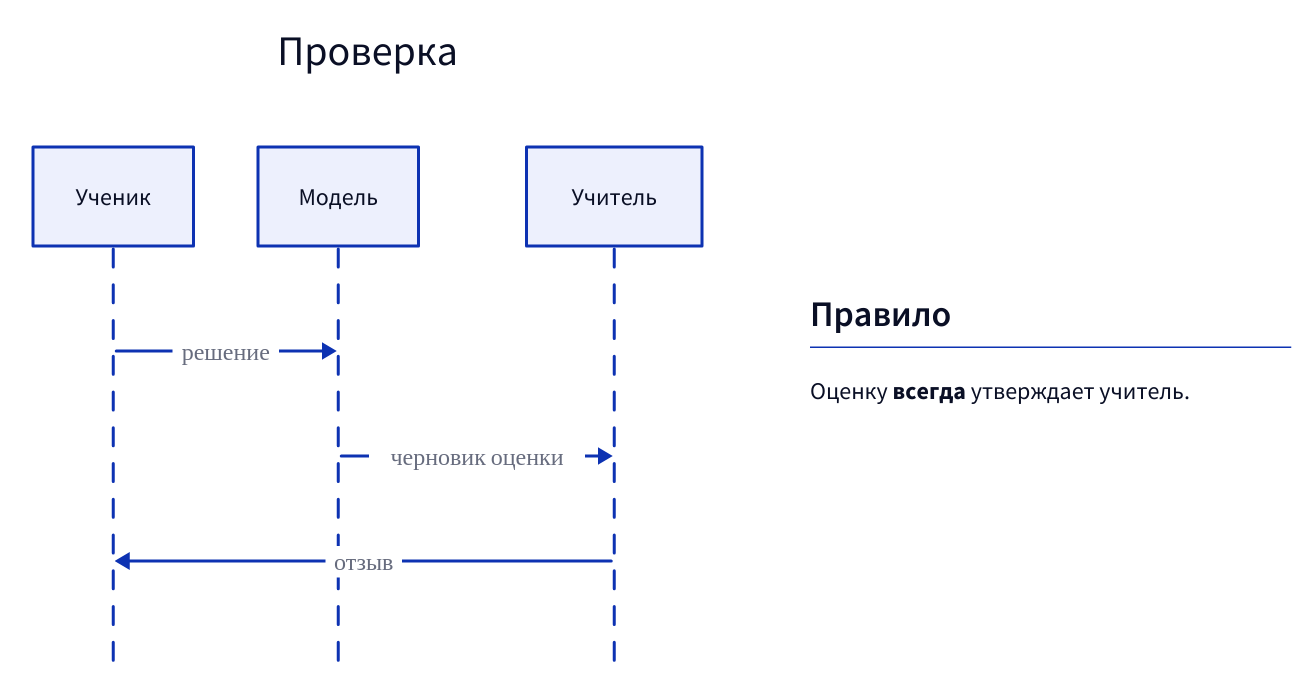
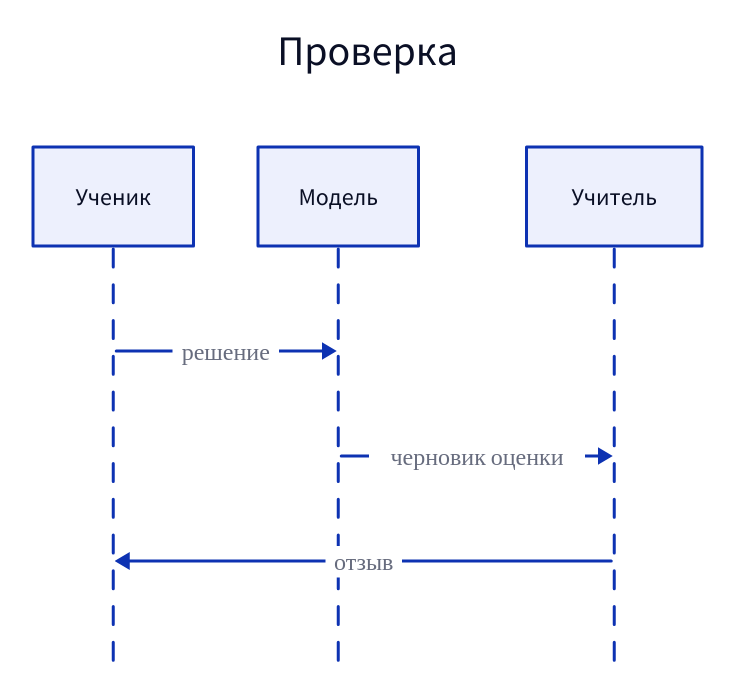
The eighth of 10 diagrams in examples/documents/14-graphs.md (kscht/spiridus-docs), drawn with D2 before and after one commit. The commit also changed other lines of this file and 56 other files, not shown here.

````diff
--- a/examples/documents/14-graphs.md
+++ b/examples/documents/14-graphs.md
@@ -109,12 +117,8 @@
 ```d2
 Проверка: {
   shape: sequence_diagram
   Ученик -> Модель: решение
   Модель -> Учитель: черновик оценки
   Учитель -> Ученик: отзыв
 }
-Пояснение: |md
-  ## Правило
-  Оценку **всегда** утверждает учитель.
-|
 ```
````
